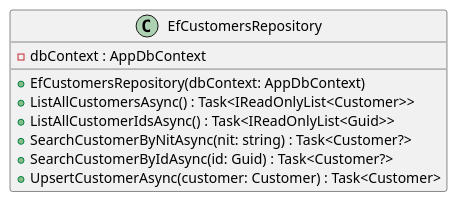
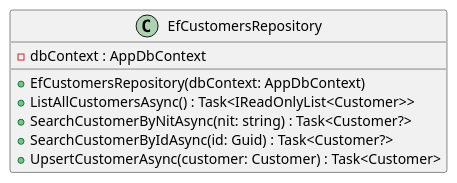
The diagram in docs/WebApi/classes/EfCustomersRepository.puml (rogerrocaarano/DesignPatternsDemo), drawn with PlantUML before and after one commit. The commit also changed 93 other files, not shown here.

First line of the commit message:
Refactor: migrate Sales to Use Case pattern and adopt layered architecture

```diff
--- a/docs/WebApi/classes/EfCustomersRepository.puml
+++ b/docs/WebApi/classes/EfCustomersRepository.puml
@@ -1,13 +1,12 @@
 @startuml EfCustomersRepository
 
 class EfCustomersRepository {
     -dbContext : AppDbContext
     +EfCustomersRepository(dbContext: AppDbContext)
     +ListAllCustomersAsync() : Task<IReadOnlyList<Customer>>
-    +ListAllCustomerIdsAsync() : Task<IReadOnlyList<Guid>>
     +SearchCustomerByNitAsync(nit: string) : Task<Customer?>
     +SearchCustomerByIdAsync(id: Guid) : Task<Customer?>
     +UpsertCustomerAsync(customer: Customer) : Task<Customer>
 }
 
 @enduml
```
